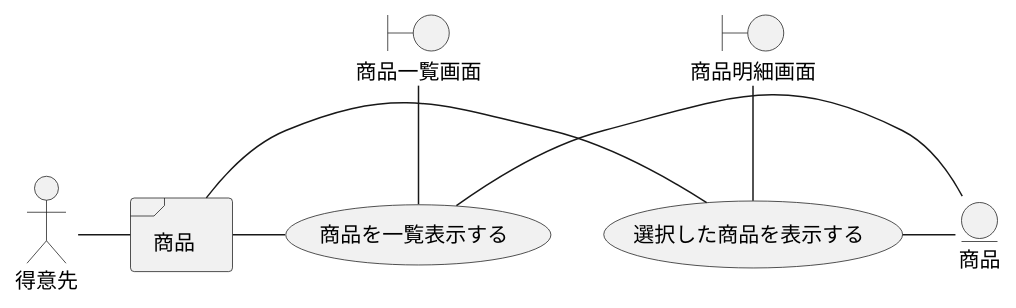
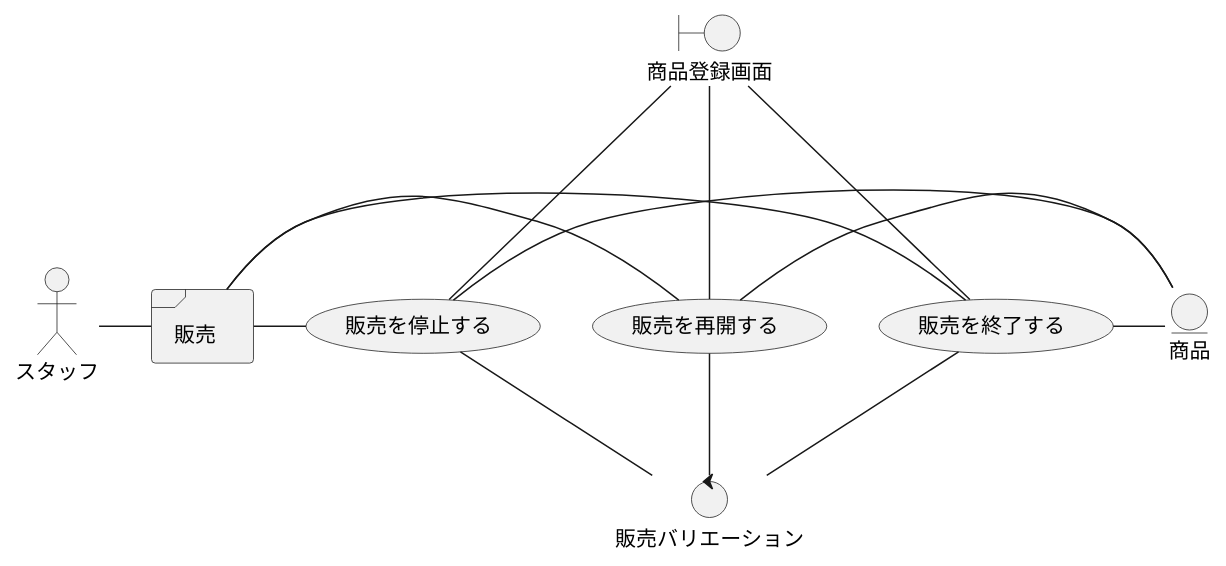
Before and after one commit to k2works/application_programing_excercise_2022: diagram 22 of 49 in docs/index.adoc, drawn with PlantUML. The commit also changed other lines of this file, not shown here.

```diff
--- a/docs/index.adoc
+++ b/docs/index.adoc
@@ -756,20 +787,27 @@
 [plantuml]
 ----
 @startuml
-actor "得意先" as ac_01
-frame "商品" as f01
-usecase "商品を一覧表示する" as UC1
-usecase "選択した商品を表示する" as UC2
-boundary "商品一覧画面" as b01
-boundary "商品明細画面" as b02
+actor "スタッフ" as ac_01
+frame "販売" as f01
+usecase "販売を停止する" as UC1
+usecase "販売を再開する" as UC2
+usecase "販売を終了する" as UC3
+boundary "商品登録画面" as b01
 entity "商品" as e01
+control "販売バリエーション" as c01
 
 ac_01 - f01
 f01 - UC1
 f01 - UC2
-b01 -- UC1
-b02 -- UC2
+f01 - UC3
+b01 --- UC1
+b01 --- UC2
+b01 --- UC3
 UC1 - e01
 UC2 - e01
+UC3 - e01
+UC1 -- c01
+UC2 -- c01
+UC3 -- c01
 @enduml
 ----
```
